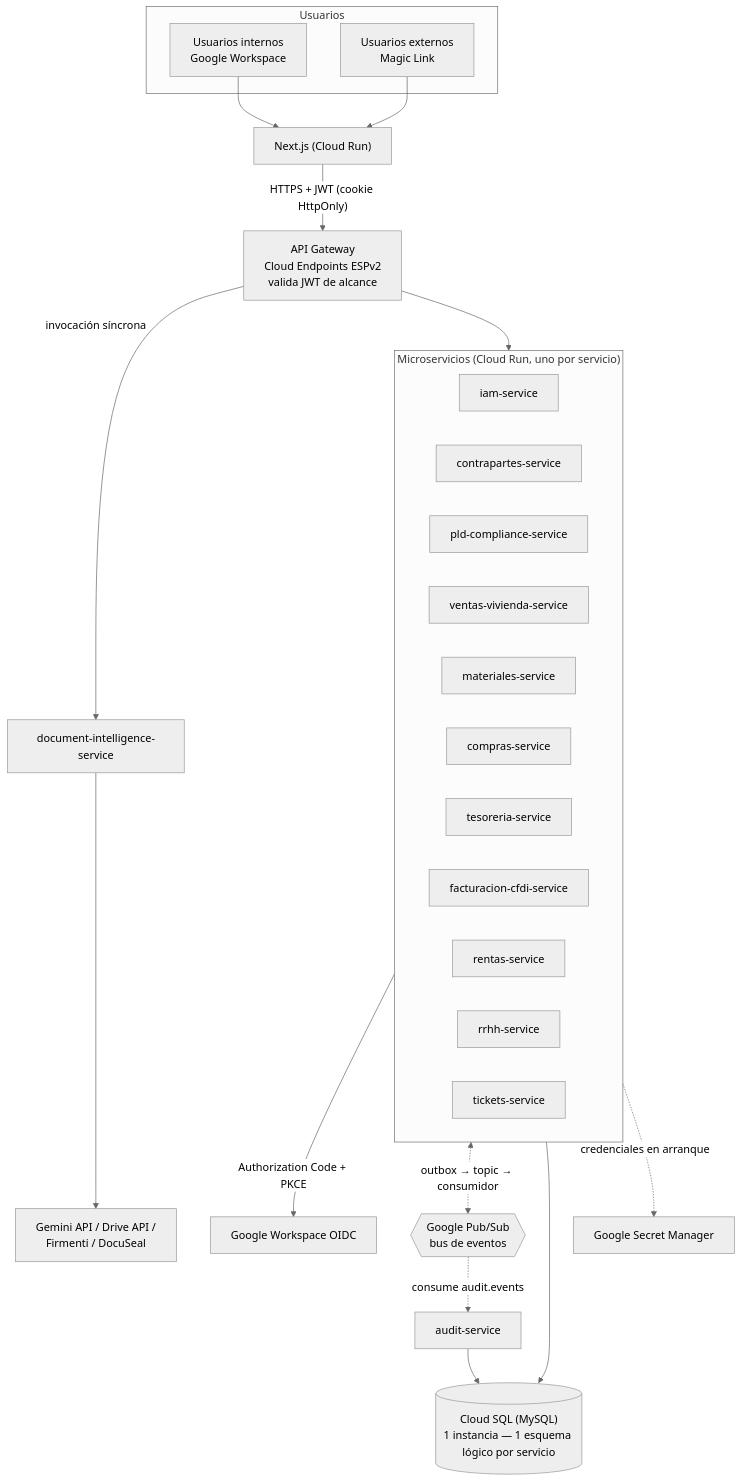
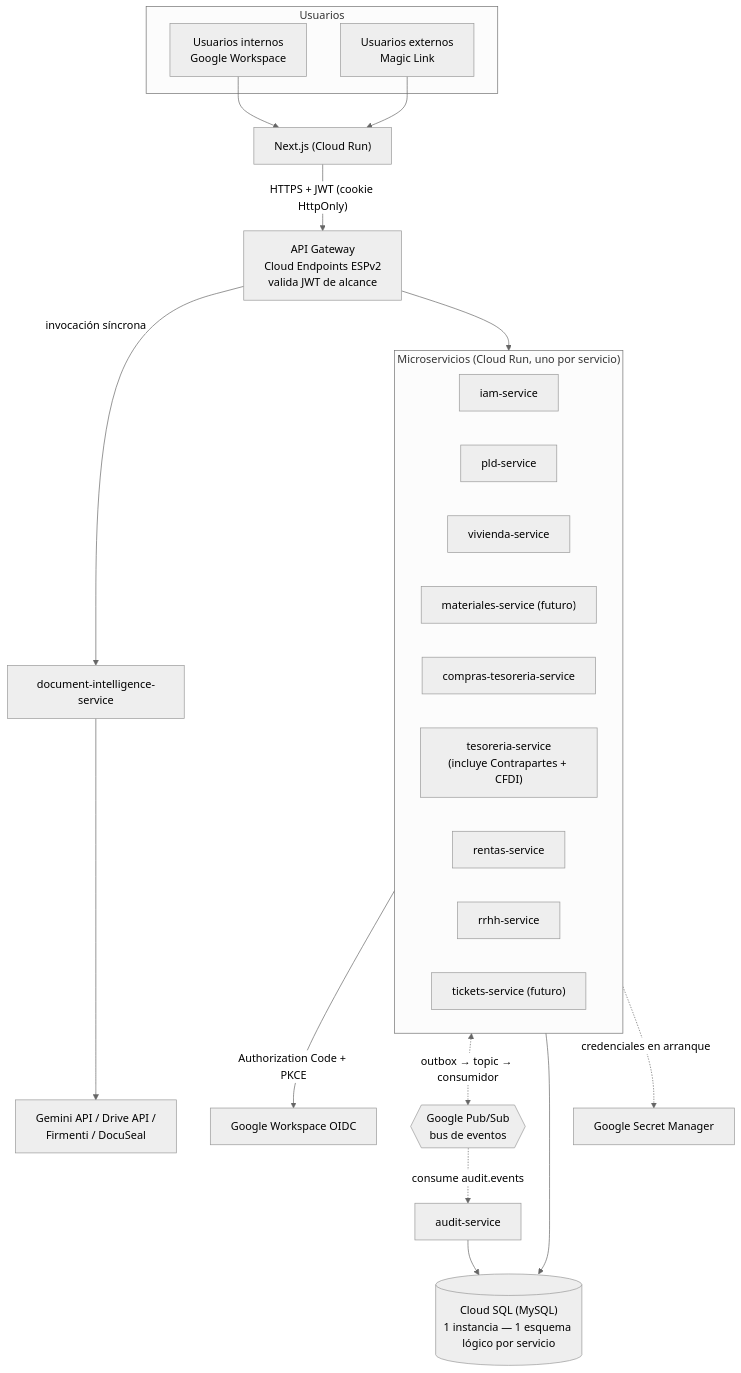
The first of 10 diagrams in docs/architecture/README.md (mariana747/CumbresBI), drawn with Mermaid (neutral theme) before and after one commit. The commit also changed other lines of this file, not shown here.

Commit message:
docs(architecture): actualizar catalogo de microservicios y despliegues

````diff
--- a/docs/architecture/README.md
+++ b/docs/architecture/README.md
@@ -68,48 +73,46 @@
 ```mermaid
 flowchart TB
     subgraph Usuarios
         UI["Usuarios internos<br/>Google Workspace"]
         UE["Usuarios externos<br/>Magic Link"]
     end
 
     WEB["Next.js (Cloud Run)"]
     GW["API Gateway<br/>Cloud Endpoints ESPv2<br/>valida JWT de alcance"]
 
     subgraph Micro["Microservicios (Cloud Run, uno por servicio)"]
         direction LR
         IAMS["iam-service"]
-        CONTRAS["contrapartes-service"]
-        PLDS["pld-compliance-service"]
-        VENTAS["ventas-vivienda-service"]
-        MATS["materiales-service"]
-        COMPRAS["compras-service"]
-        TESO["tesoreria-service"]
-        CFDI["facturacion-cfdi-service"]
+        PLDS["pld-service"]
+        VENTAS["vivienda-service"]
+        MATS["materiales-service (futuro)"]
+        COMPRAS["compras-tesoreria-service"]
+        TESO["tesoreria-service<br/>(incluye Contrapartes + CFDI)"]
         RENTAS["rentas-service"]
         RRHHS["rrhh-service"]
-        TICKS["tickets-service"]
+        TICKS["tickets-service (futuro)"]
     end
 
     DOCINT["document-intelligence-service"]
     AUDITS["audit-service"]
     BUS{{"Google Pub/Sub<br/>bus de eventos"}}
     DB[("Cloud SQL (MySQL)<br/>1 instancia — 1 esquema lógico por servicio")]
     SM["Google Secret Manager"]
     OIDC["Google Workspace OIDC"]
     EXT["Gemini API / Drive API /<br/>Firmenti / DocuSeal"]
 
     UI --> WEB
     UE --> WEB
     WEB -->|"HTTPS + JWT (cookie HttpOnly)"| GW
     GW --> Micro
     GW -->|"invocación síncrona"| DOCINT
 
     Micro <-.->|"outbox → topic → consumidor"| BUS
     BUS -.->|"consume audit.events"| AUDITS
 
     Micro --> DB
     AUDITS --> DB
     Micro -.->|"credenciales en arranque"| SM
     IAMS -->|"Authorization Code + PKCE"| OIDC
     DOCINT --> EXT
 ```
````
